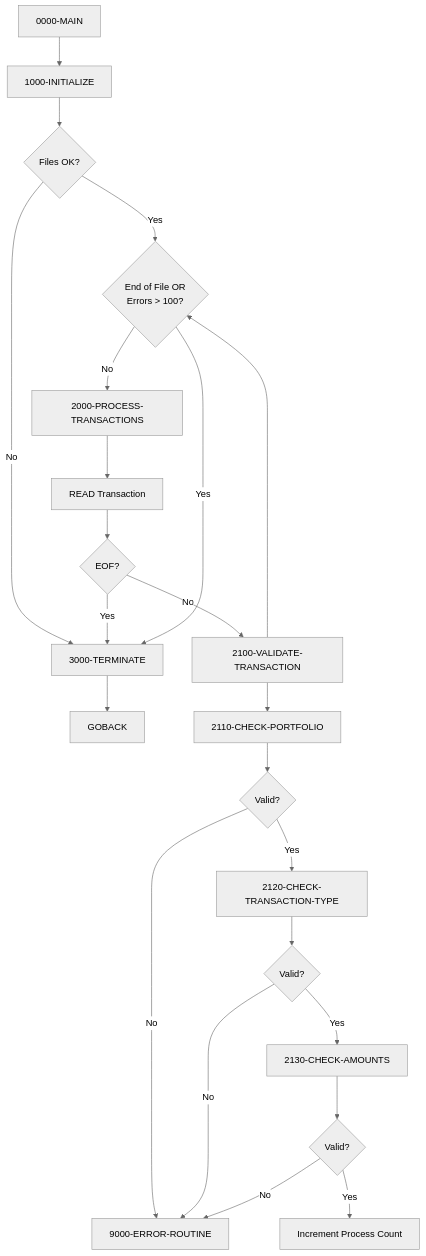
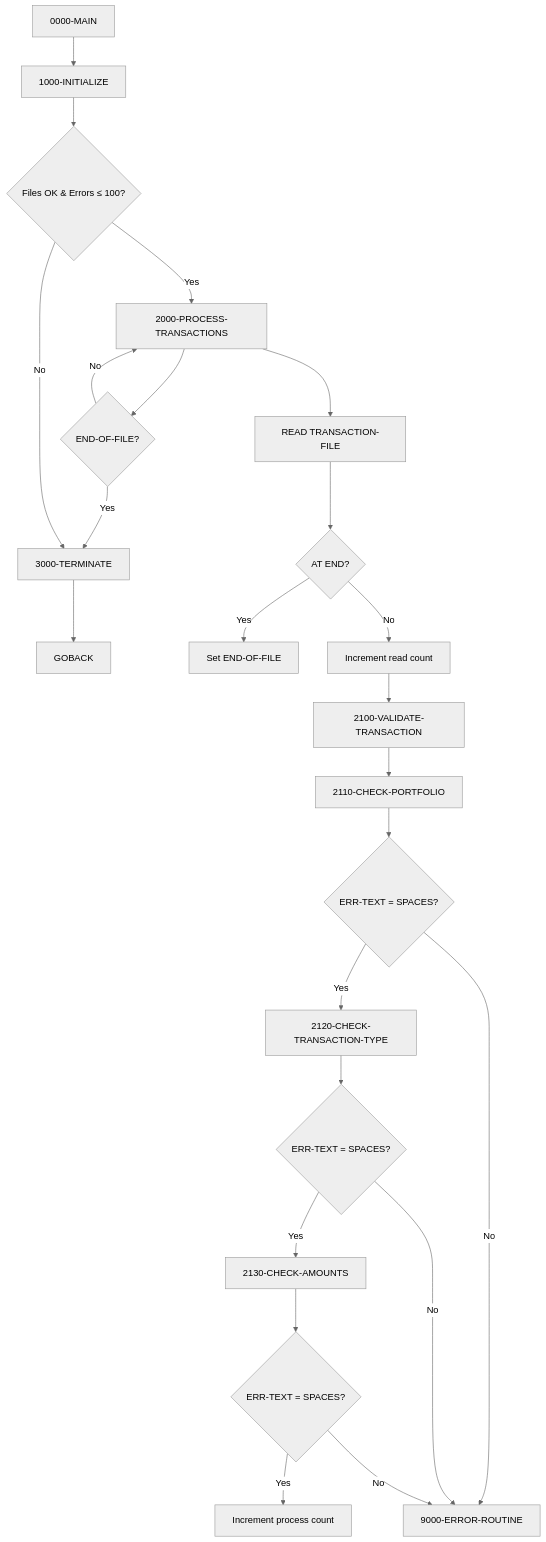
Before and after one commit to haladir-com/legacy-benchmark-docs-vb70e1: the first of 3 diagrams in docs/programs/PORTTRAN.mdx, drawn with Mermaid (neutral theme). The commit also changed other lines of this file and 64 other files, not shown here.

````diff
--- a/docs/programs/PORTTRAN.mdx
+++ b/docs/programs/PORTTRAN.mdx
@@ -16,26 +16,28 @@
 ```mermaid
 graph TD
     A[0000-MAIN] --> B[1000-INITIALIZE]
-    B --> C{Files OK?}
-    C -->|Yes| D{End of File OR<br/>Errors > 100?}
-    C -->|No| I[3000-TERMINATE]
-    D -->|No| E[2000-PROCESS-TRANSACTIONS]
-    E --> F[READ Transaction]
-    F --> G{EOF?}
-    G -->|No| H[2100-VALIDATE-TRANSACTION]
-    H --> D
-    G -->|Yes| I
-    D -->|Yes| I
-    I --> J[GOBACK]
+    B --> C{Files OK & Errors ≤ 100?}
+    C -->|Yes| D[2000-PROCESS-TRANSACTIONS]
+    D --> E{END-OF-FILE?}
+    E -->|No| D
+    E -->|Yes| F[3000-TERMINATE]
+    C -->|No| F
+    F --> G[GOBACK]
     
-    H --> H1[2110-CHECK-PORTFOLIO]
-    H1 --> H2{Valid?}
-    H2 -->|Yes| H3[2120-CHECK-TRANSACTION-TYPE]
-    H3 --> H4{Valid?}
-    H4 -->|Yes| H5[2130-CHECK-AMOUNTS]
-    H5 --> H6{Valid?}
-    H6 -->|Yes| H7[Increment Process Count]
-    H2 -->|No| H8[9000-ERROR-ROUTINE]
-    H4 -->|No| H8
-    H6 -->|No| H8
+    D --> D1[READ TRANSACTION-FILE]
+    D1 --> D2{AT END?}
+    D2 -->|Yes| D3[Set END-OF-FILE]
+    D2 -->|No| D4[Increment read count]
+    D4 --> D5[2100-VALIDATE-TRANSACTION]
+    
+    D5 --> V1[2110-CHECK-PORTFOLIO]
+    V1 --> V2{ERR-TEXT = SPACES?}
+    V2 -->|Yes| V3[2120-CHECK-TRANSACTION-TYPE]
+    V3 --> V4{ERR-TEXT = SPACES?}
+    V4 -->|Yes| V5[2130-CHECK-AMOUNTS]
+    V5 --> V6{ERR-TEXT = SPACES?}
+    V6 -->|Yes| V7[Increment process count]
+    V2 -->|No| V8[9000-ERROR-ROUTINE]
+    V4 -->|No| V8
+    V6 -->|No| V8
 ```
````
